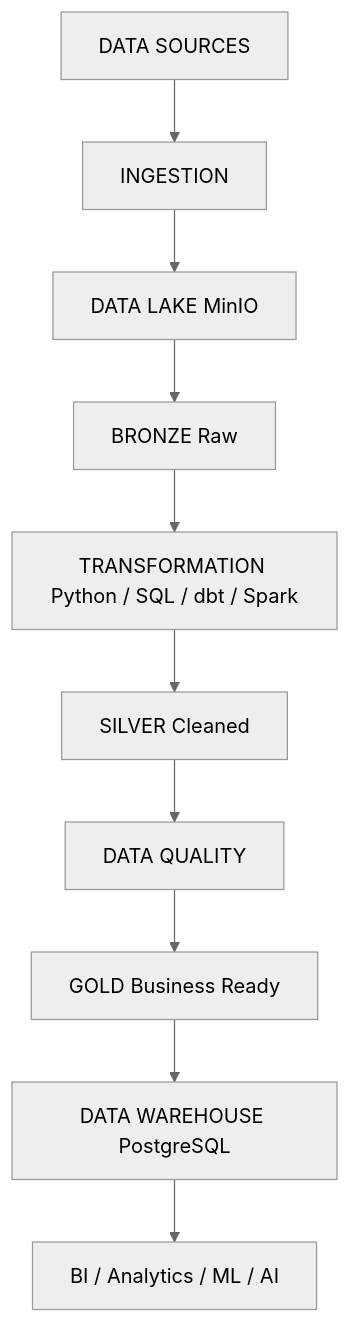
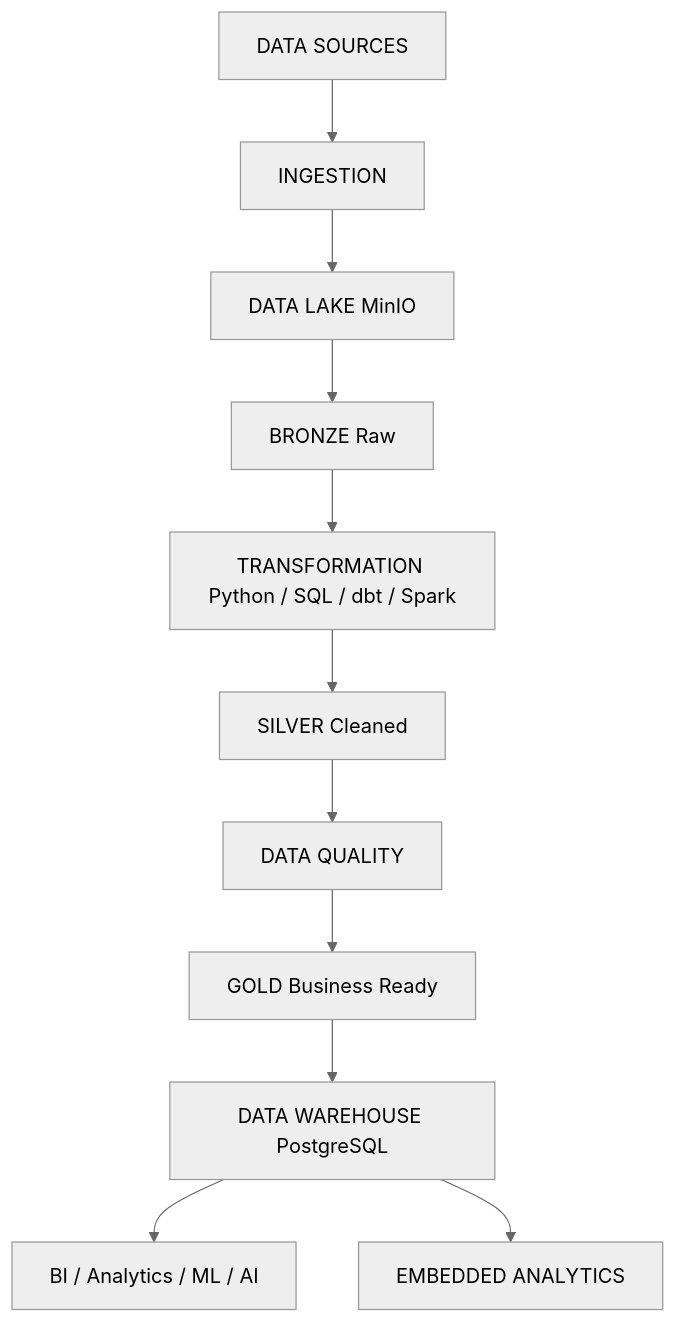
One commit to MaaeYeng2517/Desp-Platform changed the first of 4 diagrams in README.md. Above: the diagram before and after it, drawn with Mermaid (neutral theme). The commit also changed other lines of this file and 108 other files, not shown here.

````diff
--- a/README.md
+++ b/README.md
@@ -133,24 +135,26 @@
 ```mermaid
 flowchart TB
 
     SOURCES["DATA SOURCES"]
     INGEST["INGESTION"]
     LAKE["DATA LAKE MinIO"]
     BRONZE["BRONZE Raw"]
     TRANSFORM["TRANSFORMATION Python / SQL / dbt / Spark"]
     SILVER["SILVER Cleaned"]
     QUALITY["DATA QUALITY"]
     GOLD["GOLD Business Ready"]
     WAREHOUSE["DATA WAREHOUSE PostgreSQL"]
     CONSUMPTION["BI / Analytics / ML / AI"]
+    EMBEDDED["EMBEDDED ANALYTICS"]
 
     SOURCES --> INGEST
     INGEST --> LAKE
     LAKE --> BRONZE
     BRONZE --> TRANSFORM
     TRANSFORM --> SILVER
     SILVER --> QUALITY
     QUALITY --> GOLD
     GOLD --> WAREHOUSE
     WAREHOUSE --> CONSUMPTION
+    WAREHOUSE --> EMBEDDED
 ```
````
